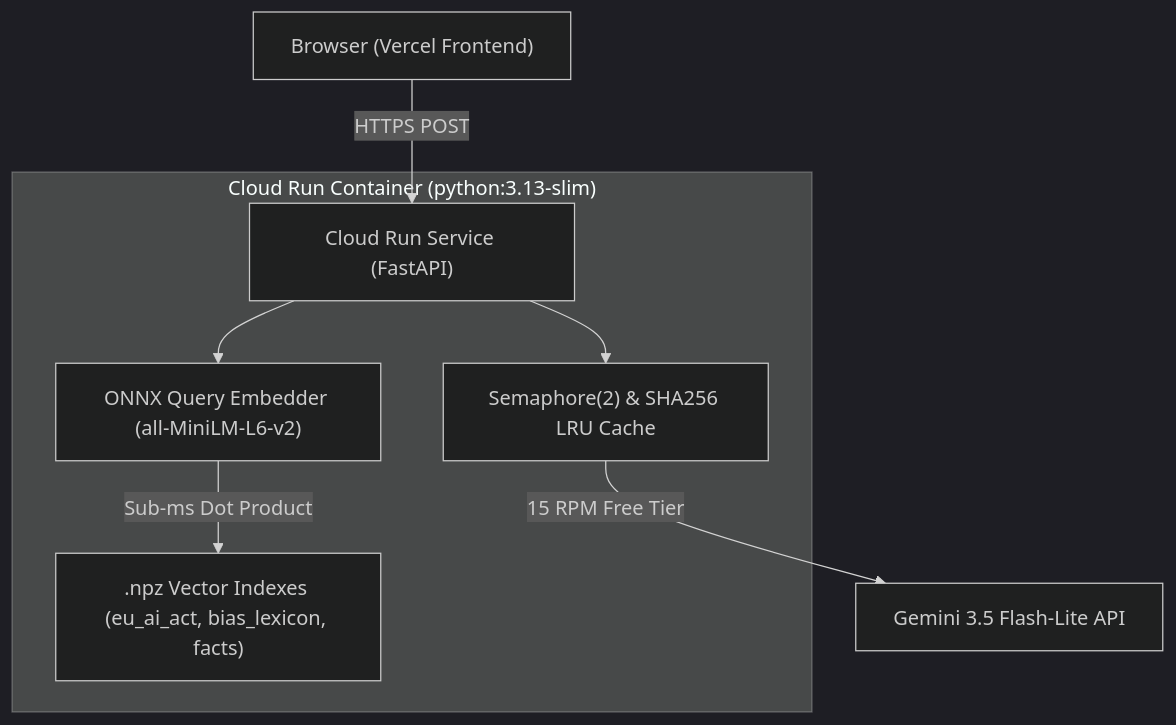
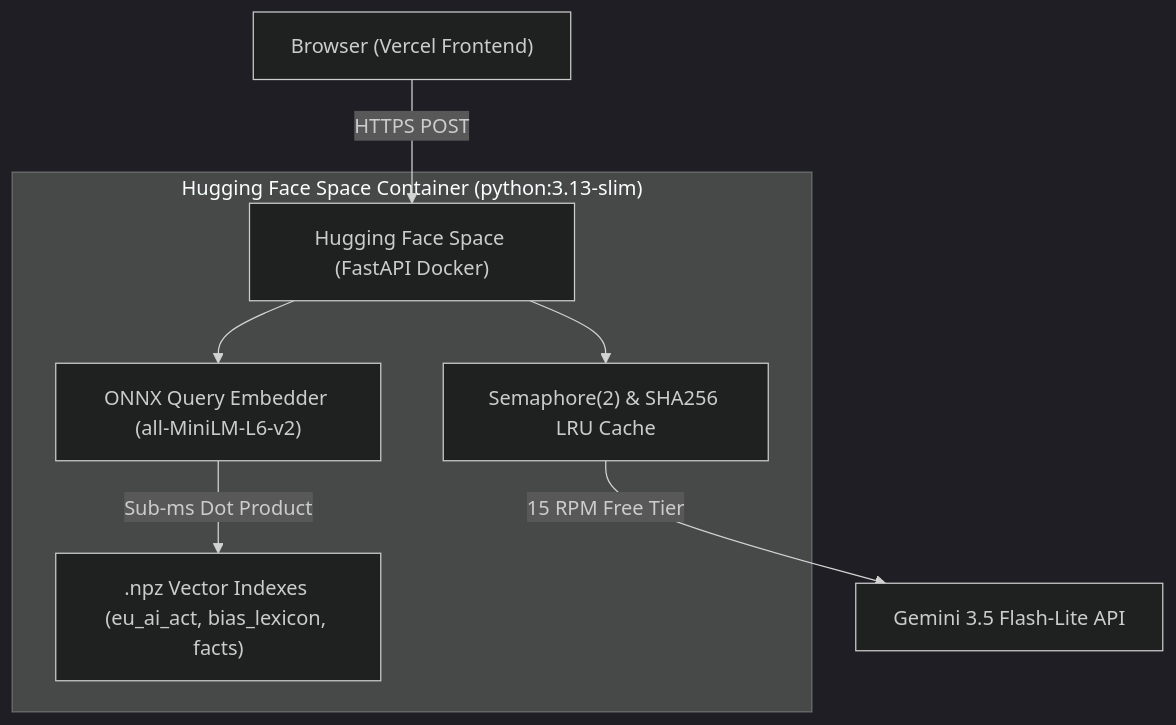
One commit to aayeraahmad531/governance-api changed the diagram in README.md. Above: the diagram before and after it, drawn with Mermaid (dark theme). The commit also changed other lines of this file and 5 other files, not shown here.

Commit message:
feat(deploy): migrate target from Google Cloud Run to Hugging Face Spaces (Docker SDK, Port 7860)

````diff
--- a/README.md
+++ b/README.md
@@ -12,10 +22,10 @@
 ```mermaid
 graph TD
-    Client["Browser (Vercel Frontend)"] -->|HTTPS POST| API["Cloud Run Service (FastAPI)"]
-    subgraph Container["Cloud Run Container (python:3.13-slim)"]
+    Client["Browser (Vercel Frontend)"] -->|HTTPS POST| API["Hugging Face Space (FastAPI Docker)"]
+    subgraph Container["Hugging Face Space Container (python:3.13-slim)"]
         API --> Embedder["ONNX Query Embedder (all-MiniLM-L6-v2)"]
         Embedder -->|Sub-ms Dot Product| Indexes[".npz Vector Indexes (eu_ai_act, bias_lexicon, facts)"]
         API --> Guard["Semaphore(2) & SHA256 LRU Cache"]
     end
     Guard -->|15 RPM Free Tier| LLM["Gemini 3.5 Flash-Lite API"]
 ```
````
